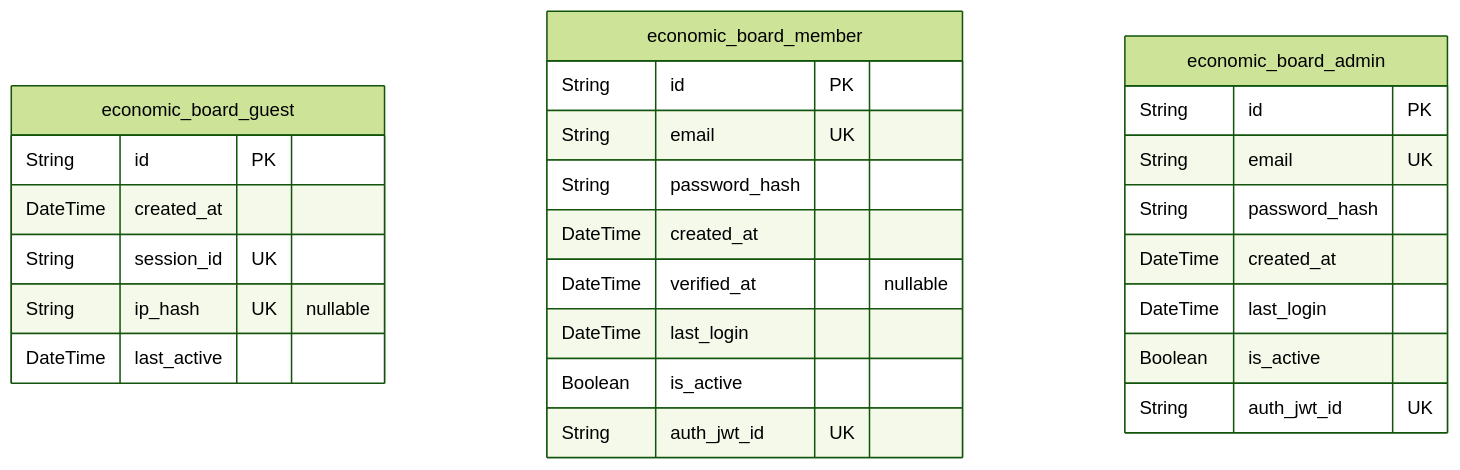
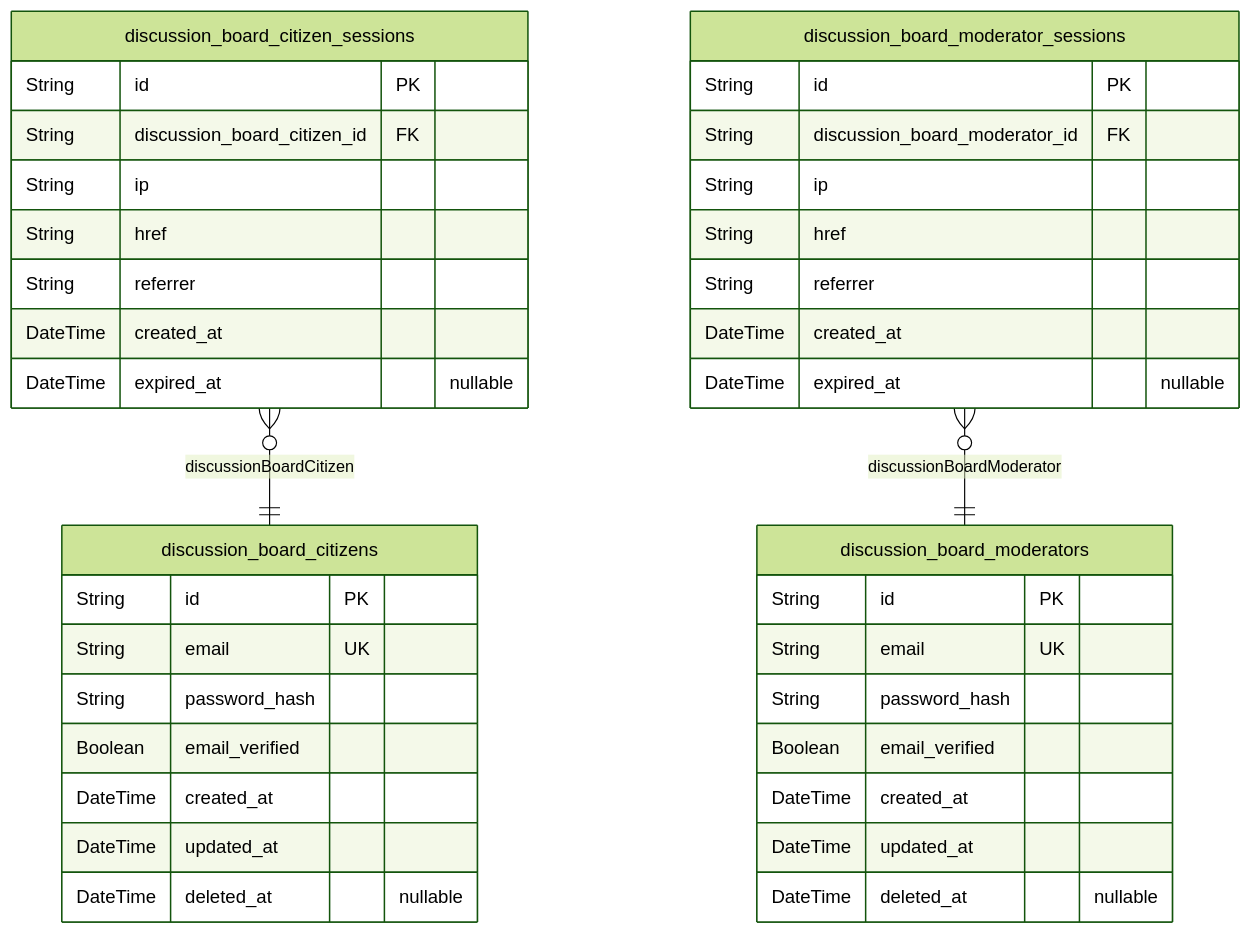
One commit to wrtnlabs/autobe-examples changed the second of 7 diagrams in qwen/qwen3-next-80b-a3b-instruct/bbs/docs/ERD.md. Above: the diagram before and after it, drawn with Mermaid (forest theme). The commit also changed other lines of this file and 16146 other files, not shown here.

````diff
--- a/qwen/qwen3-next-80b-a3b-instruct/bbs/docs/ERD.md
+++ b/qwen/qwen3-next-80b-a3b-instruct/bbs/docs/ERD.md
@@ -54,29 +57,41 @@
 ```mermaid
 erDiagram
-"economic_board_guest" {
-  String id PK
-  DateTime created_at
-  String session_id UK
-  String ip_hash UK "nullable"
-  DateTime last_active
-}
-"economic_board_member" {
+"discussion_board_citizens" {
   String id PK
   String email UK
   String password_hash
+  Boolean email_verified
   DateTime created_at
-  DateTime verified_at "nullable"
-  DateTime last_login
-  Boolean is_active
-  String auth_jwt_id UK
+  DateTime updated_at
+  DateTime deleted_at "nullable"
 }
-"economic_board_admin" {
+"discussion_board_citizen_sessions" {
+  String id PK
+  String discussion_board_citizen_id FK
+  String ip
+  String href
+  String referrer
+  DateTime created_at
+  DateTime expired_at "nullable"
+}
+"discussion_board_moderators" {
   String id PK
   String email UK
   String password_hash
+  Boolean email_verified
   DateTime created_at
-  DateTime last_login
-  Boolean is_active
-  String auth_jwt_id UK
+  DateTime updated_at
+  DateTime deleted_at "nullable"
 }
+"discussion_board_moderator_sessions" {
+  String id PK
+  String discussion_board_moderator_id FK
+  String ip
+  String href
+  String referrer
+  DateTime created_at
+  DateTime expired_at "nullable"
+}
+"discussion_board_citizen_sessions" }o--|| "discussion_board_citizens" : discussionBoardCitizen
+"discussion_board_moderator_sessions" }o--|| "discussion_board_moderators" : discussionBoardModerator
 ```
````
